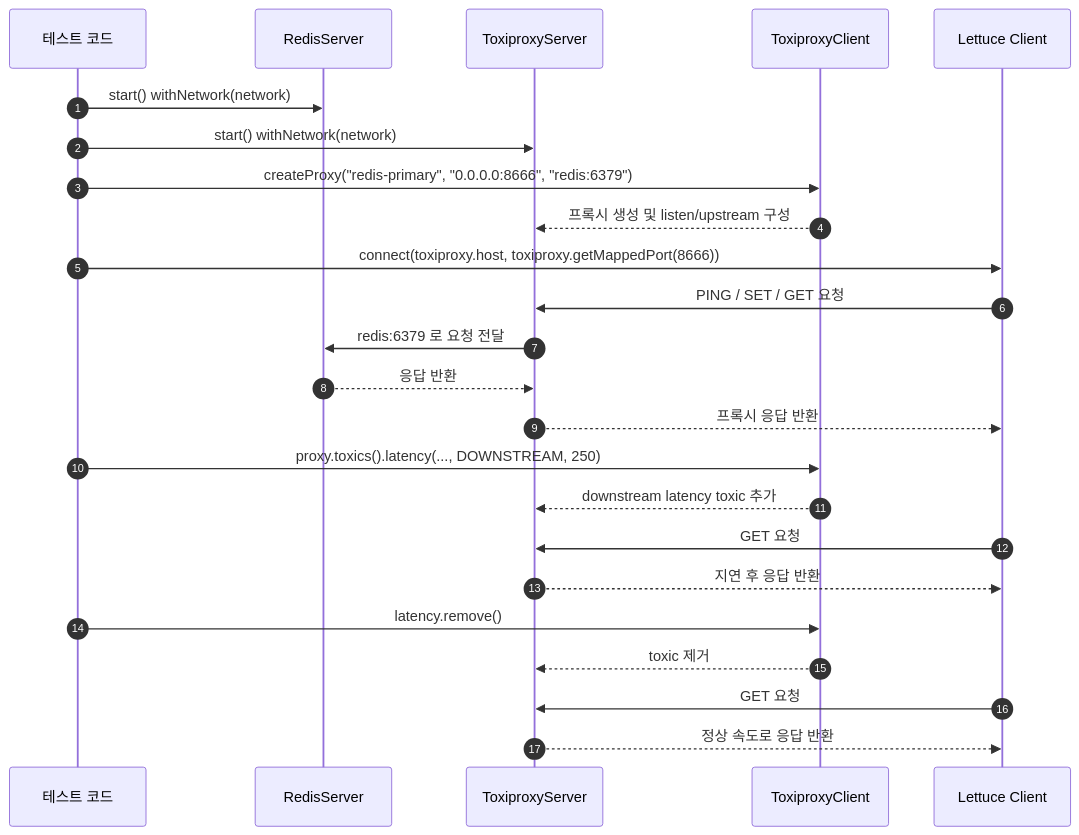
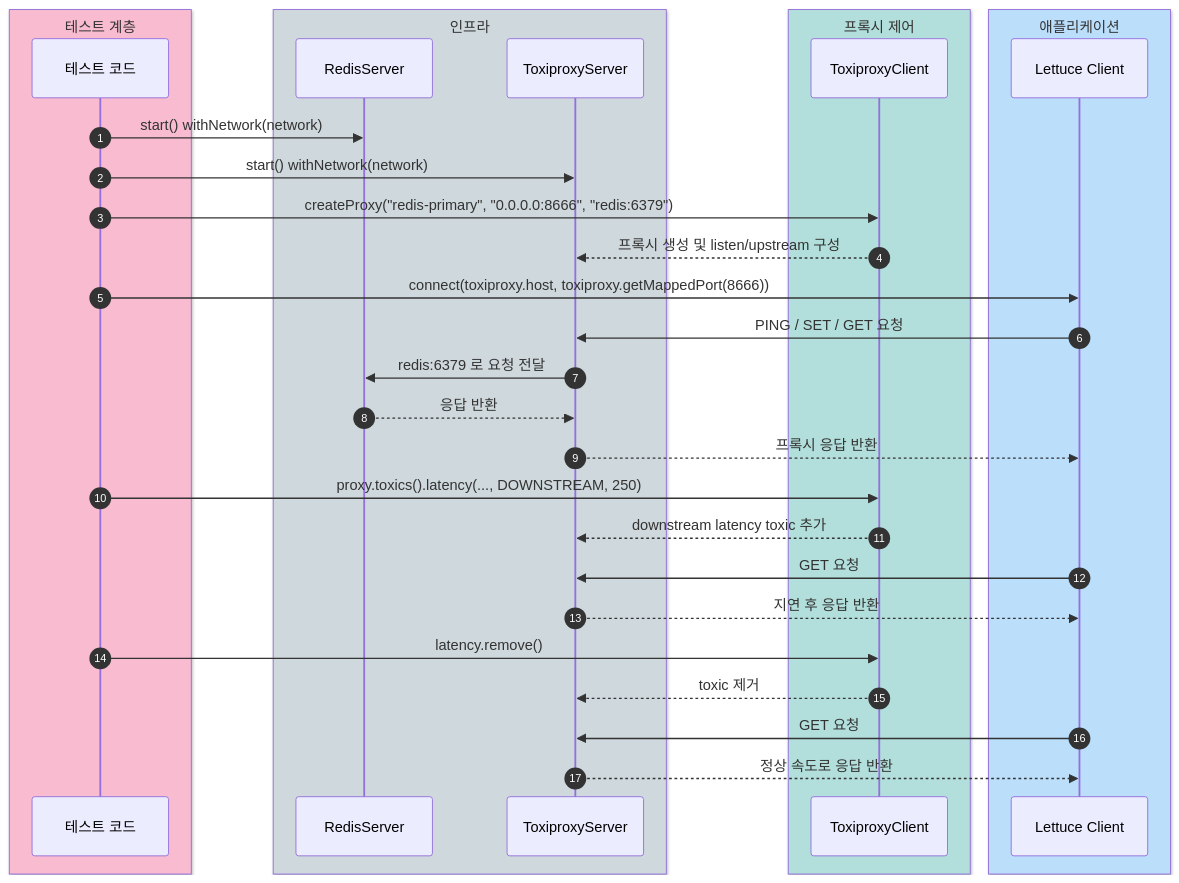
Before and after one commit to bluetape4k/bluetape4k-projects: the fourth of 4 diagrams in testing/testcontainers/README.ko.md, drawn with Mermaid. The commit also changed other lines of this file and 221 other files, not shown here.

First line of the commit message:
docs: 전체 모듈 README UML 다이어그램 보강 및 색상 업그레이드

````diff
--- a/testing/testcontainers/README.ko.md
+++ b/testing/testcontainers/README.ko.md
@@ -292,30 +329,38 @@
 ```mermaid
 sequenceDiagram
     autonumber
-    participant TEST as 테스트 코드
-    participant REDIS as RedisServer
-    participant TOXI as ToxiproxyServer
-    participant API as ToxiproxyClient
-    participant LETTUCE as Lettuce Client
+    box rgb(248,187,208) 테스트 계층
+        participant TEST as 테스트 코드
+    end
+    box rgb(207,216,220) 인프라
+        participant REDIS as RedisServer
+        participant TOXI as ToxiproxyServer
+    end
+    box rgb(178,223,219) 프록시 제어
+        participant API as ToxiproxyClient
+    end
+    box rgb(187,222,251) 애플리케이션
+        participant LETTUCE as Lettuce Client
+    end
 
     TEST->>REDIS: start() withNetwork(network)
     TEST->>TOXI: start() withNetwork(network)
     TEST->>API: createProxy("redis-primary", "0.0.0.0:8666", "redis:6379")
     API-->>TOXI: 프록시 생성 및 listen/upstream 구성
 
     TEST->>LETTUCE: connect(toxiproxy.host, toxiproxy.getMappedPort(8666))
     LETTUCE->>TOXI: PING / SET / GET 요청
     TOXI->>REDIS: redis:6379 로 요청 전달
     REDIS-->>TOXI: 응답 반환
     TOXI-->>LETTUCE: 프록시 응답 반환
 
     TEST->>API: proxy.toxics().latency(..., DOWNSTREAM, 250)
     API-->>TOXI: downstream latency toxic 추가
     LETTUCE->>TOXI: GET 요청
     TOXI-->>LETTUCE: 지연 후 응답 반환
 
     TEST->>API: latency.remove()
     API-->>TOXI: toxic 제거
     LETTUCE->>TOXI: GET 요청
     TOXI-->>LETTUCE: 정상 속도로 응답 반환
 ```
````
